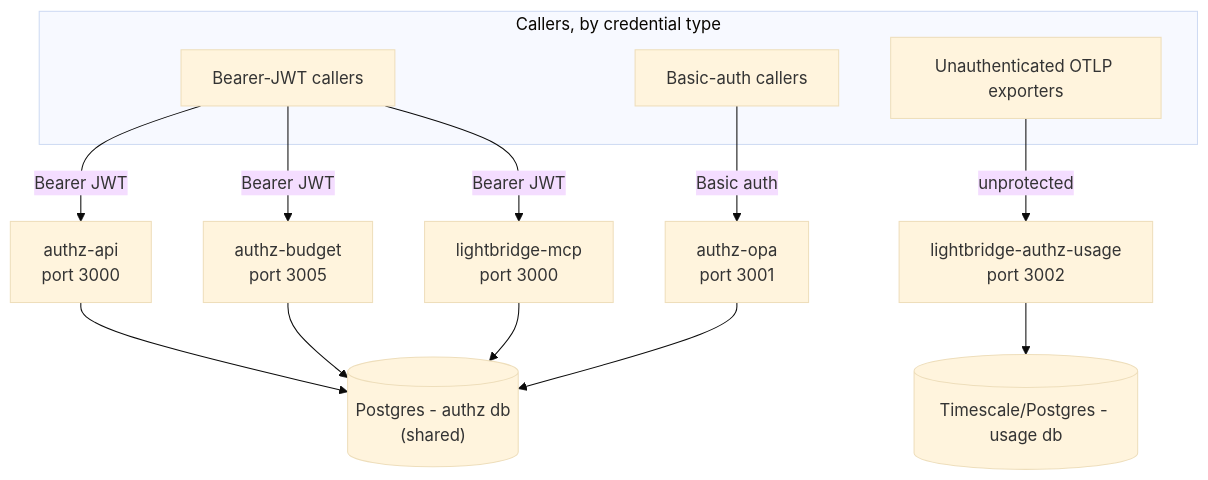
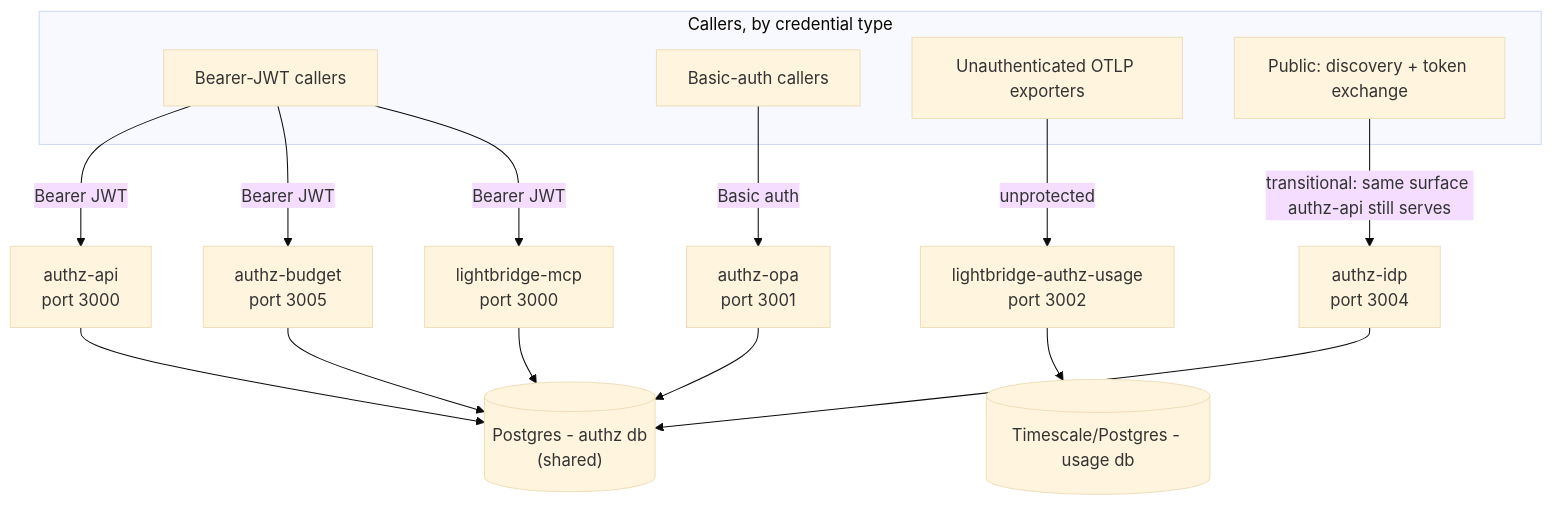
One commit to ADORSYS-GIS/lightbridge-authz changed the second of 2 diagrams in docs/architecture/README.md. Above: the diagram before and after it, drawn with Mermaid (base theme). The commit also changed other lines of this file and 2 other files, not shown here.

First line of the commit message:
docs(architecture): add authz-idp to service docs (#344 follow-up)

````diff
--- a/docs/architecture/README.md
+++ b/docs/architecture/README.md
@@ -83,29 +95,33 @@
 ```mermaid
 flowchart TB
     subgraph callerKinds["Callers, by credential type"]
         C1["Bearer-JWT callers"]
         C2["Basic-auth callers"]
         C3["Unauthenticated OTLP exporters"]
+        C4["Public: discovery + token exchange"]
     end
 
     API["authz-api\nport 3000"]
     OPA["authz-opa\nport 3001"]
     Budget["authz-budget\nport 3005"]
+    Idp["authz-idp\nport 3004"]
     MCP["lightbridge-mcp\nport 3000"]
     Usage["lightbridge-authz-usage\nport 3002"]
 
     AuthzDB[("Postgres - authz db\n(shared)")]
     UsageDB[("Timescale/Postgres - usage db")]
 
     C1 -->|"Bearer JWT"| API
     C1 -->|"Bearer JWT"| Budget
     C1 -->|"Bearer JWT"| MCP
     C2 -->|"Basic auth"| OPA
     C3 -->|"unprotected"| Usage
+    C4 -->|"transitional: same surface authz-api still serves"| Idp
 
     API --> AuthzDB
     OPA --> AuthzDB
     Budget --> AuthzDB
+    Idp --> AuthzDB
     MCP --> AuthzDB
     Usage --> UsageDB
 ```
````
